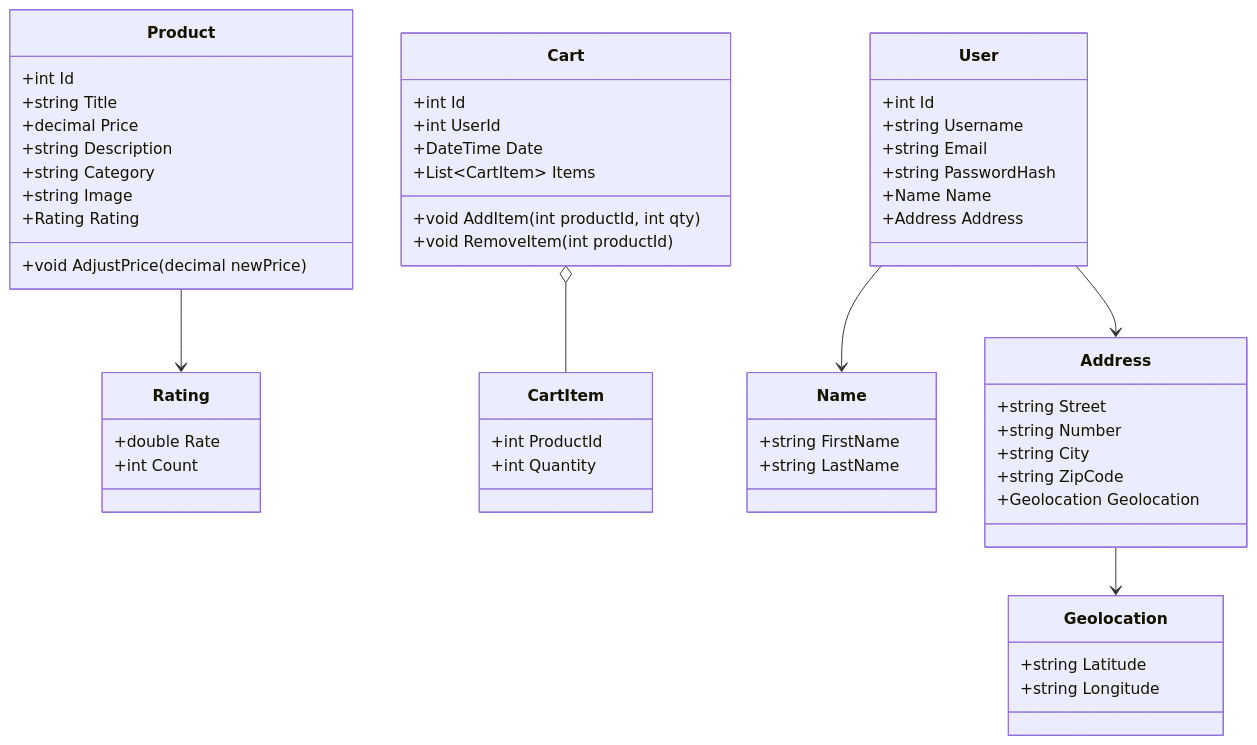
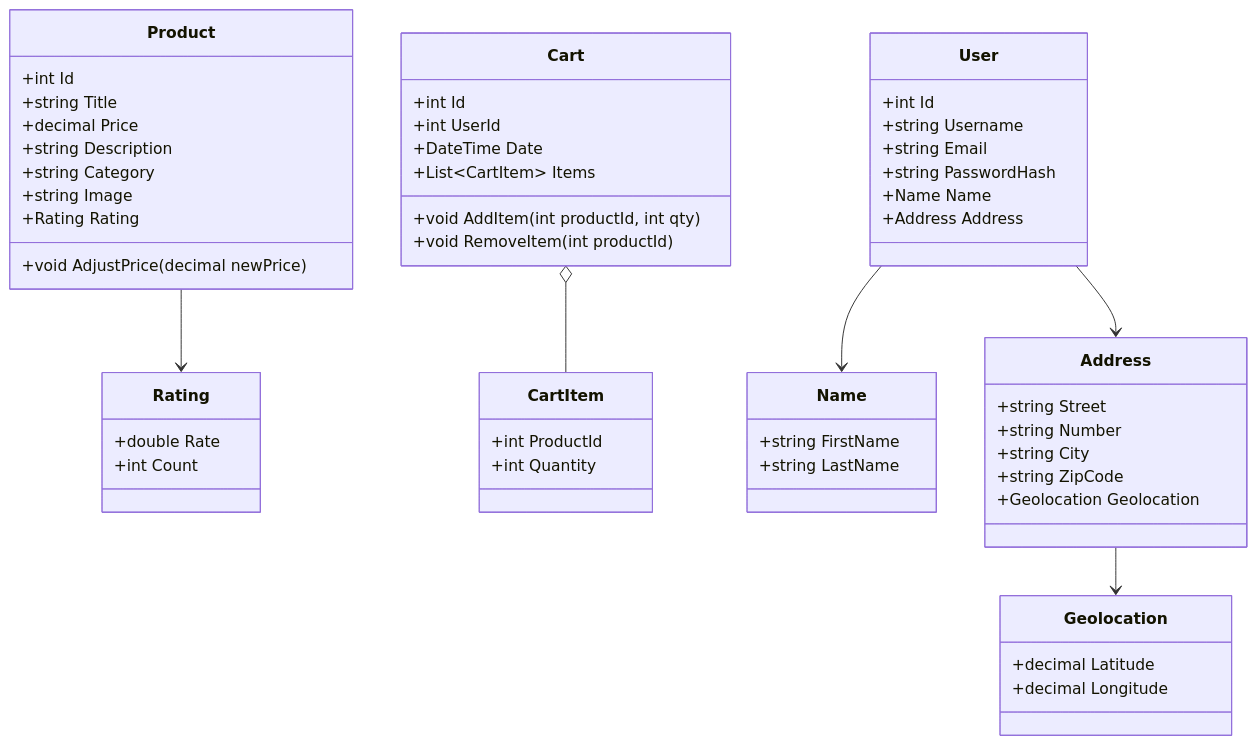
One commit to marciomyst/FakeStoreNet changed the diagram in docs/tactical/modeling/entities-aggregates.md. Above: the diagram before and after it, drawn with Mermaid. The commit also changed 54 other files, not shown here.

````diff
--- a/docs/tactical/modeling/entities-aggregates.md
+++ b/docs/tactical/modeling/entities-aggregates.md
@@ -1,59 +1,59 @@
 ```mermaid
 classDiagram
     class Product {
         +int Id
         +string Title
         +decimal Price
         +string Description
         +string Category
         +string Image
         +Rating Rating
         +void AdjustPrice(decimal newPrice)
     }
     class Rating {
         +double Rate
         +int Count
     }
     Product --> Rating
 
     class Cart {
         +int Id
         +int UserId
         +DateTime Date
         +List~CartItem~ Items
         +void AddItem(int productId, int qty)
         +void RemoveItem(int productId)
     }
     class CartItem {
         +int ProductId
         +int Quantity
     }
     Cart o-- CartItem
 
     class User {
         +int Id
         +string Username
         +string Email
         +string PasswordHash
         +Name Name
         +Address Address
     }
     class Name {
         +string FirstName
         +string LastName
     }
     class Address {
         +string Street
         +string Number
         +string City
         +string ZipCode
         +Geolocation Geolocation
     }
     class Geolocation {
-        +string Latitude
-        +string Longitude
+        +decimal Latitude
+        +decimal Longitude
     }
     User --> Name
     User --> Address
     Address --> Geolocation
 ```
````
